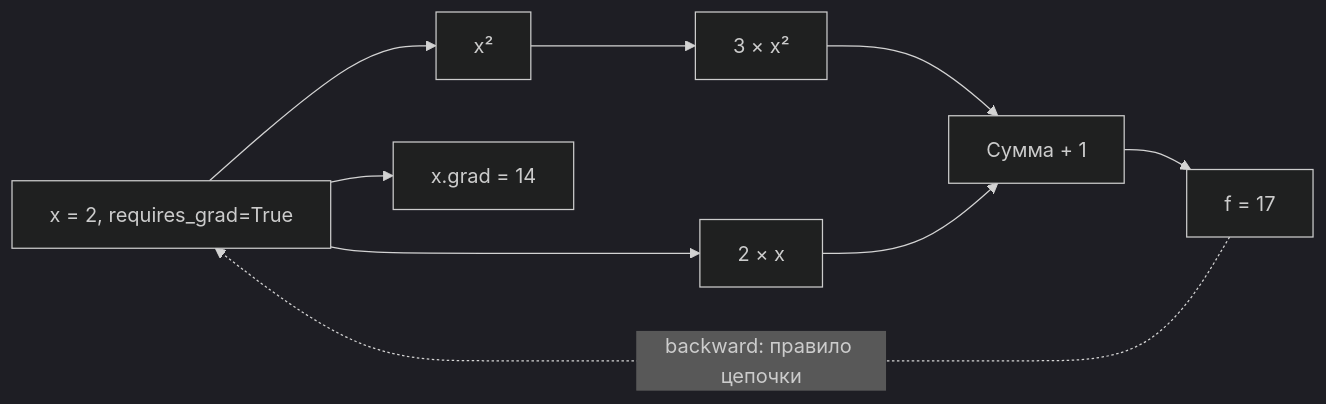
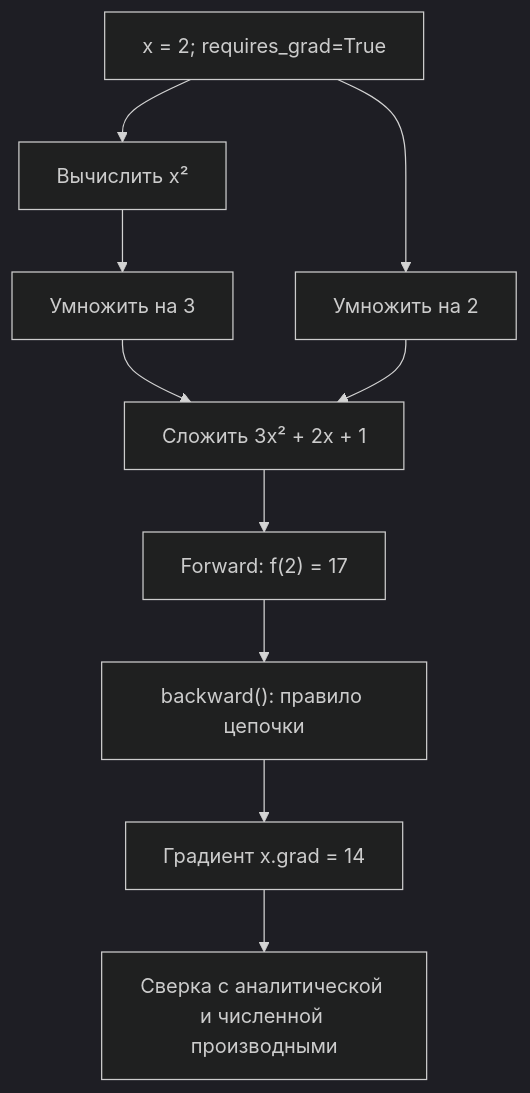
Before and after one commit to trasher88/ml-engineering-lab: the diagram in docs/steps/F2_01_autograd.md, drawn with Mermaid (dark theme). The commit also changed other lines of this file and 7 other files, not shown here.

````diff
--- a/docs/steps/F2_01_autograd.md
+++ b/docs/steps/F2_01_autograd.md
@@ -40,11 +168,12 @@
 ```mermaid
-flowchart LR
-    X["x = 2, requires_grad=True"] --> S["x²"]
-    S --> M["3 × x²"]
-    X --> N["2 × x"]
-    M --> A["Сумма + 1"]
-    N --> A
-    A --> Y["f = 17"]
-    Y -. "backward: правило цепочки" .-> X
-    X --> G["x.grad = 14"]
+flowchart TD
+    X["x = 2; requires_grad=True"] --> A["Вычислить x²"]
+    A --> B["Умножить на 3"]
+    X --> C["Умножить на 2"]
+    B --> D["Сложить 3x² + 2x + 1"]
+    C --> D
+    D --> Y["Forward: f(2) = 17"]
+    Y --> BW["backward(): правило цепочки"]
+    BW --> G["Градиент x.grad = 14"]
+    G --> V["Сверка с аналитической и численной производными"]
 ```
````
